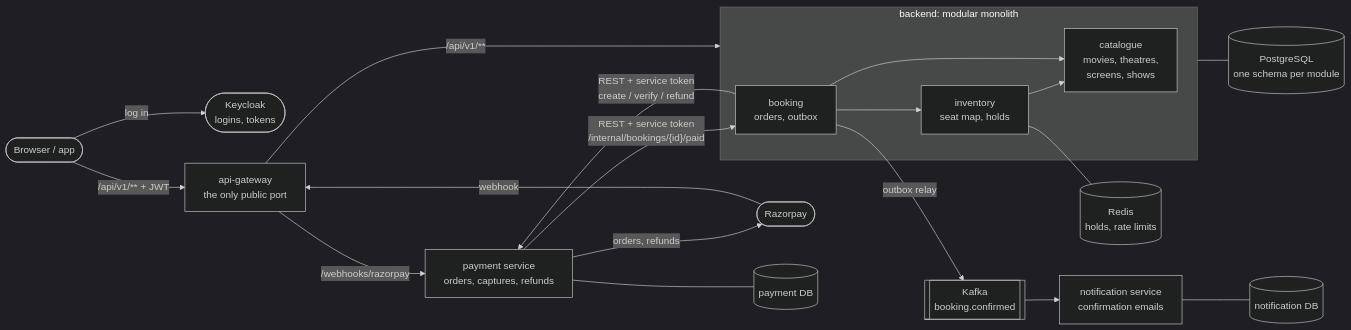
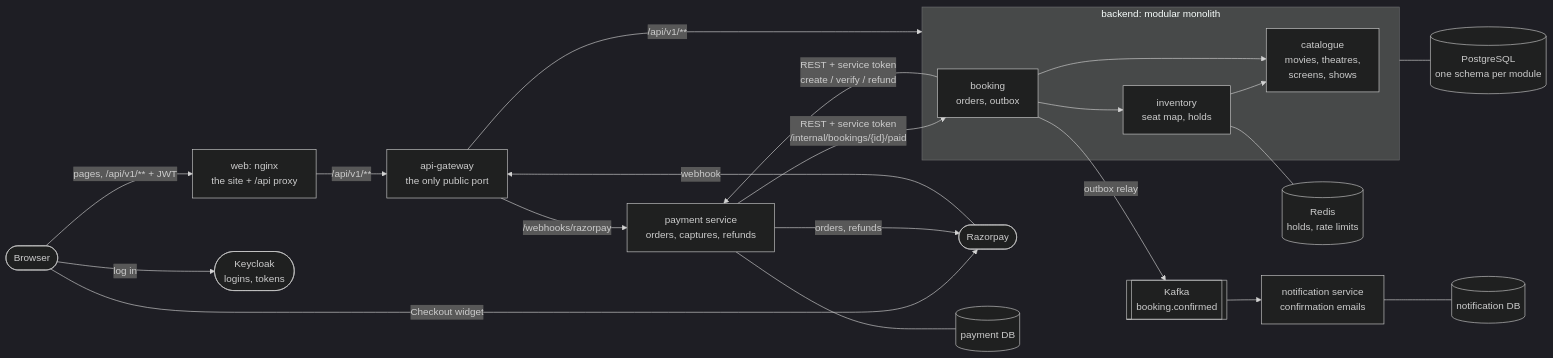
One commit to GopiSVDev/seat-lock changed the first of 4 diagrams in README.md. Above: the diagram before and after it, drawn with Mermaid (dark theme). The commit also changed other lines of this file and 94 other files, not shown here.

````diff
--- a/README.md
+++ b/README.md
@@ -166,37 +236,40 @@
 ```mermaid
 flowchart LR
-    client([Browser / app])
+    client([Browser])
+    web[web: nginx<br/>the site + /api proxy]
     keycloak([Keycloak<br/>logins, tokens])
     razorpay([Razorpay])
     gateway[api-gateway<br/>the only public port]
 
     subgraph backend[backend: modular monolith]
         catalogue[catalogue<br/>movies, theatres,<br/>screens, shows]
         inventory[inventory<br/>seat map, holds]
         booking[booking<br/>orders, outbox]
     end
     pg[(PostgreSQL<br/>one schema per module)]
     redis[(Redis<br/>holds, rate limits)]
     kafka[[Kafka<br/>booking.confirmed]]
     payment[payment service<br/>orders, captures, refunds]
     paydb[(payment DB)]
     notification[notification service<br/>confirmation emails]
     notifdb[(notification DB)]
 
     client -- "log in" --> keycloak
-    client -- "/api/v1/** + JWT" --> gateway
+    client -- "pages, /api/v1/** + JWT" --> web
+    web -- "/api/v1/**" --> gateway
+    client -- "Checkout widget" --> razorpay
     razorpay -- "webhook" --> gateway
     gateway -- "/api/v1/**" --> backend
     gateway -- "/webhooks/razorpay" --> payment
     booking --> inventory --> catalogue
     booking --> catalogue
     backend --- pg
     inventory --- redis
     booking -- "REST + service token<br/>create / verify / refund" --> payment
     payment -- "REST + service token<br/>/internal/bookings/{id}/paid" --> booking
     payment -- "orders, refunds" --> razorpay
     payment --- paydb
     booking -- "outbox relay" --> kafka
     kafka --> notification
     notification --- notifdb
 ```
````
